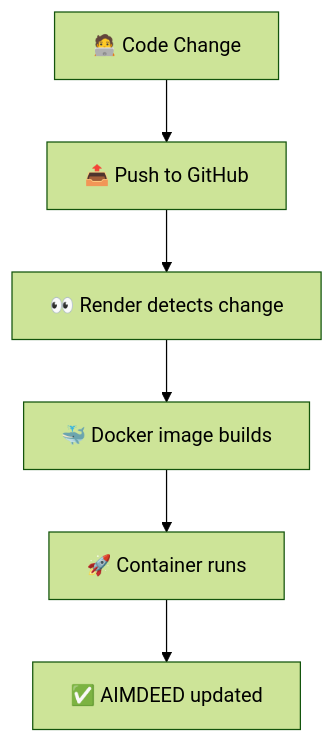
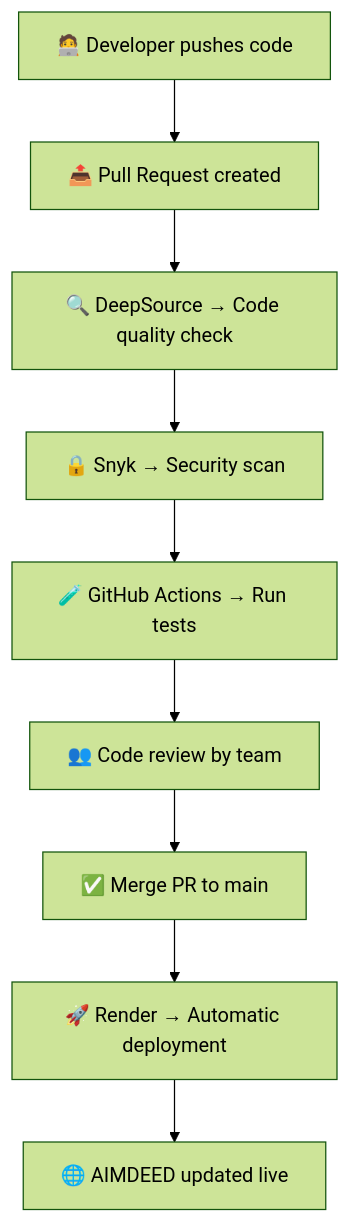
The diagram in README.md (onfocus384/Aimdeed), drawn with Mermaid (forest theme) before and after one commit. The commit also changed other lines of this file and 2 other files, not shown here.

Commit message:
ci: Add DeepSource, Snyk security scan, full enterprise CI/CD pipeline

````diff
--- a/README.md
+++ b/README.md
@@ -105,8 +106,11 @@
 ```mermaid
 graph TD;
-  A["🧑‍💻 Code Change"] --> B["📤 Push to GitHub"];
-  B --> C["👀 Render detects change"];
-  C --> D["🐳 Docker image builds"];
-  D --> E["🚀 Container runs"];
-  E --> F["✅ AIMDEED updated"];
+  A["🧑‍💻 Developer pushes code"] --> B["📤 Pull Request created"];
+  B --> C["🔍 DeepSource → Code quality check"];
+  C --> D["🔒 Snyk → Security scan"];
+  D --> E["🧪 GitHub Actions → Run tests"];
+  E --> F["👥 Code review by team"];
+  F --> G["✅ Merge PR to main"];
+  G --> H["🚀 Render → Automatic deployment"];
+  H --> I["🌐 AIMDEED updated live"];
 ```
````
